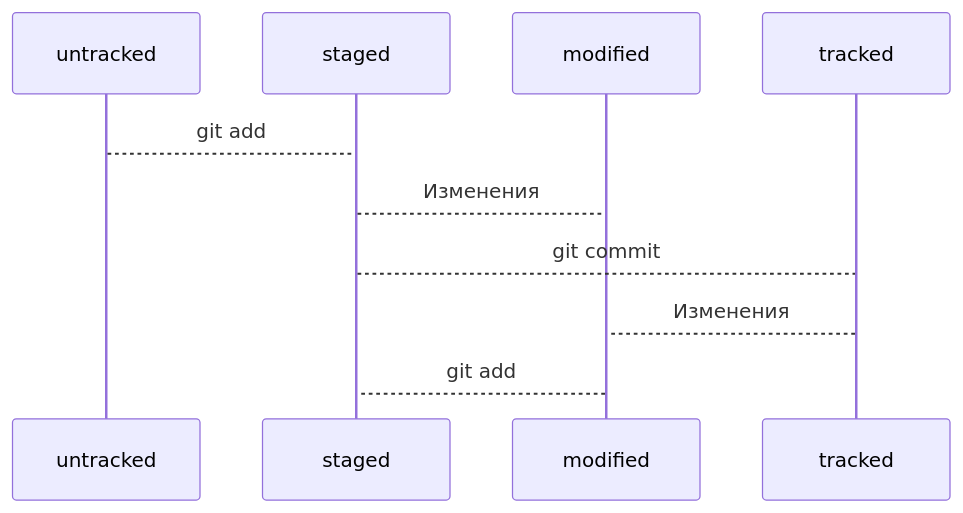
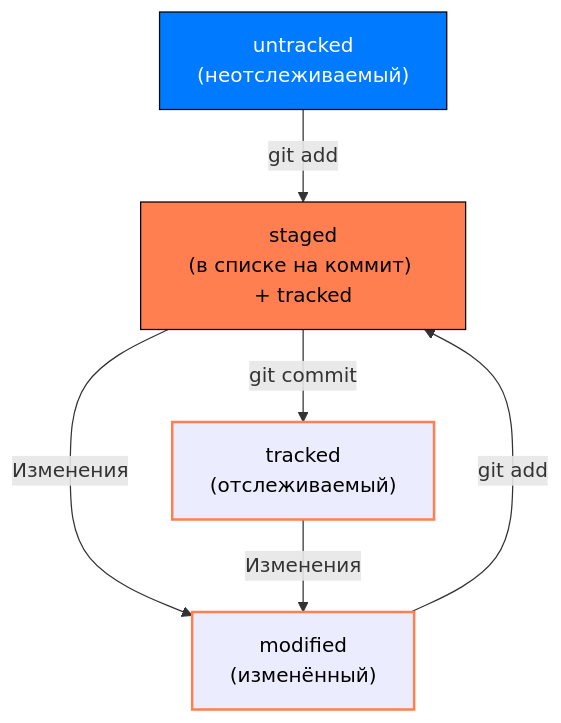
The diagram in README.md (RamilAbyshov/git_helper), drawn with Mermaid before and after one commit. The commit also changed other lines of this file, not shown here.

Commit message:
changed diagram

````diff
--- a/README.md
+++ b/README.md
@@ -55,8 +55,23 @@
 ```mermaid
-sequenceDiagram
-	untracked-->staged: git add
-	staged-->modified: Изменения
-	staged-->tracked: git commit
-	tracked-->modified: Изменения
-	modified-->staged: git add
+graph TD
+    untracked["untracked<br/>(неотслеживаемый)"]
+    modified["modified<br/>(изменённый)"]
+    staged["staged<br/>(в списке на коммит) + tracked"]
+    tracked["tracked<br/>(отслеживаемый)"]
+
+    untracked -- "git add" --> staged
+    staged -- "Изменения" --> modified
+    staged -- "git commit" --> tracked
+    tracked -- "Изменения" --> modified
+    modified -- "git add" --> staged
+
+    class untracked blueNode
+    class staged orangeNode
+    class modified orangeBorder
+    class tracked orangeBorder
+
+    classDef blueNode fill:#007bff,stroke:#000,color:#fff
+    classDef orangeNode fill:#ff7f50,stroke:#000,color:#000
+    classDef orangeBorder stroke:#ff7f50,stroke-width:2px,color:#000
+
 ```
````
